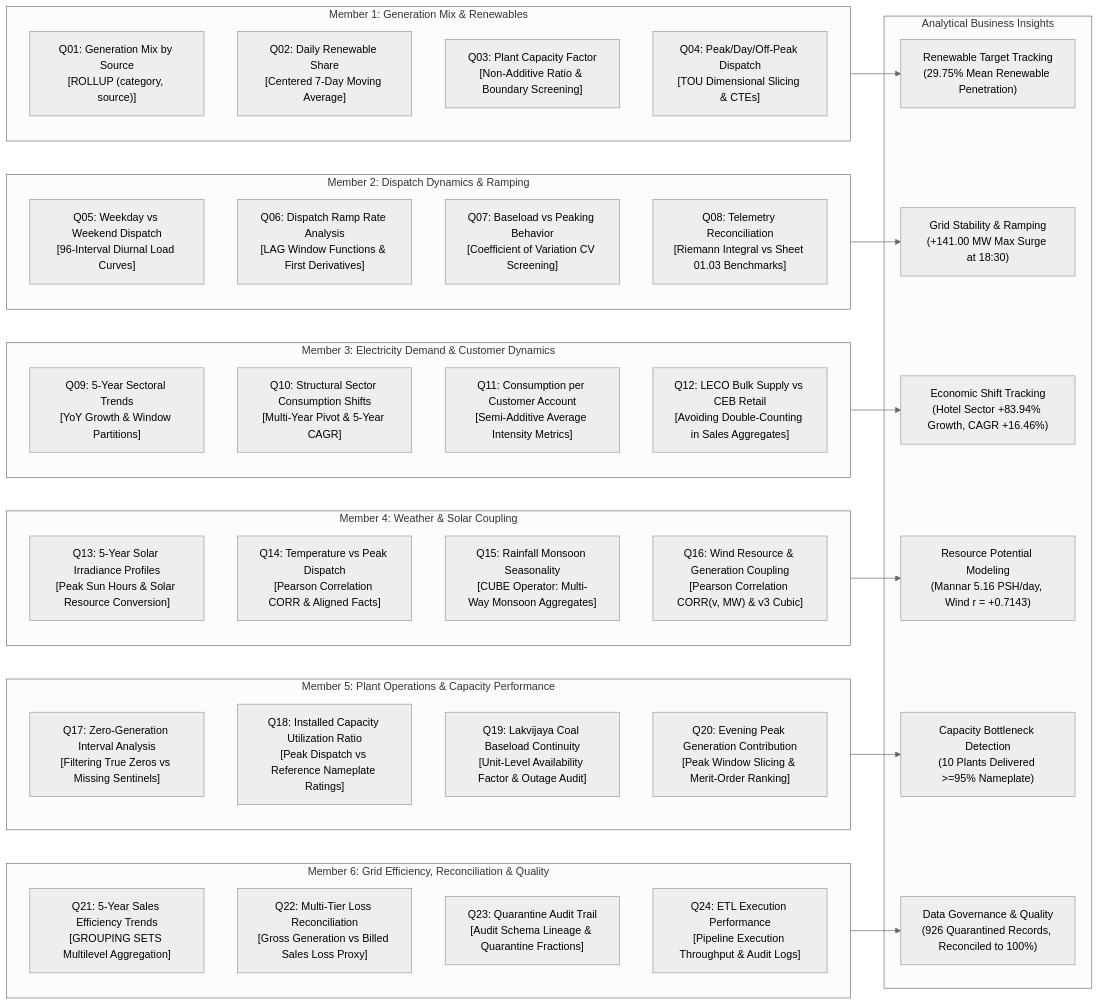
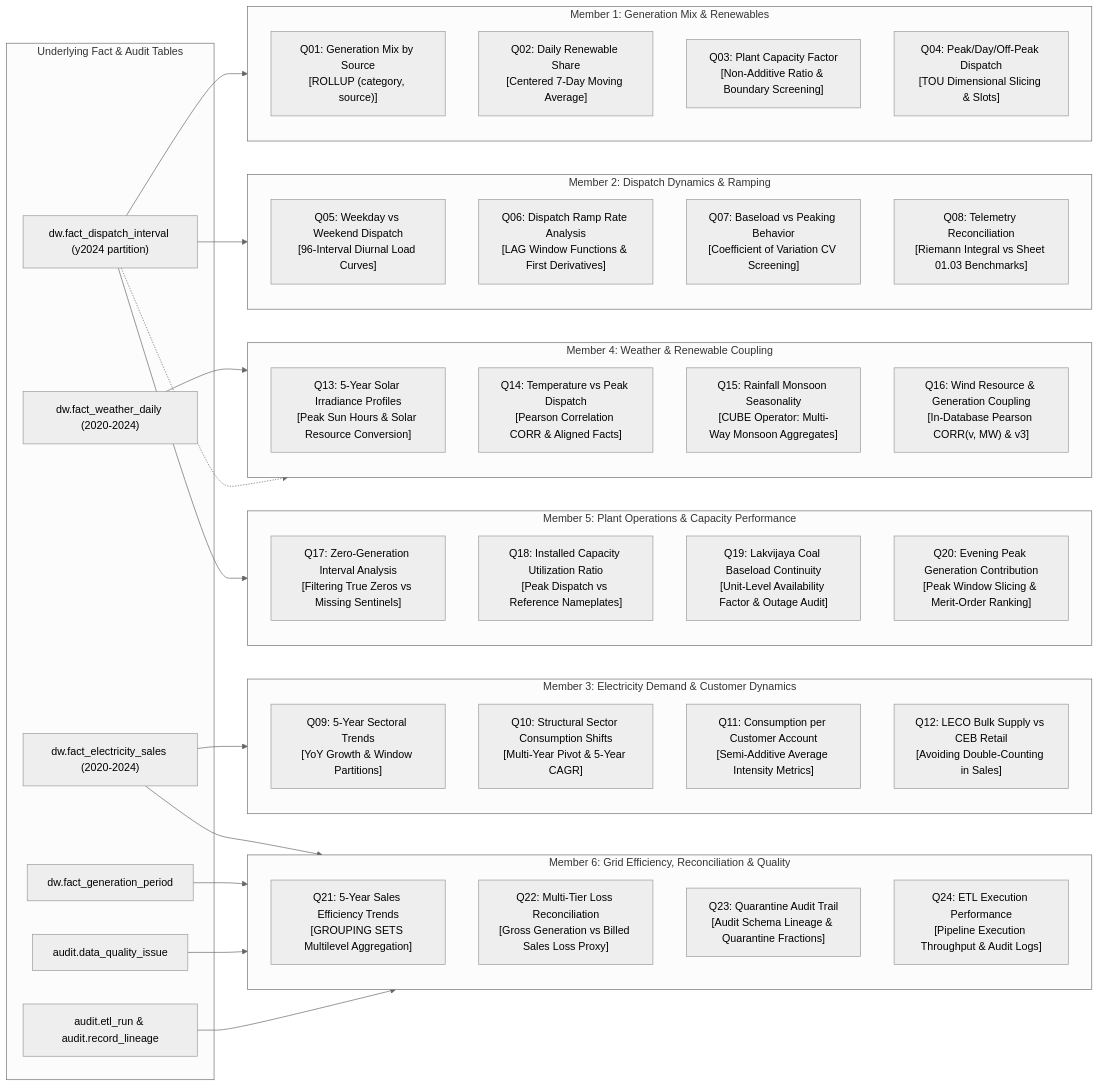
One commit to HajithMohamed/LankaGrid-Analytics changed the diagram in docs/diagrams/analytical-query-architecture.mmd. Above: the diagram before and after it, drawn with Mermaid (neutral theme). The commit also changed other lines of this file and 23 other files, not shown here.

Commit message:
docs(academic): synchronize Phase 4 deliverables with verified schema, University of Ruhuna details, and submission package

```diff
--- a/docs/diagrams/analytical-query-architecture.mmd
+++ b/docs/diagrams/analytical-query-architecture.mmd
@@ -1,63 +1,68 @@
 flowchart LR
     %% ==============================================================================
-    %% GridLens Analytical Query Architecture (24 Queries Across 6 Members)
-    %% Advanced OLAP, Aggregation Operators & Analytical Algorithms
+    %% GridLens Verified Analytical Query Architecture (24 Queries Across 6 Members)
+    %% Real Data Warehousing Links: Fact Tables, Conformed Dims & Analytical Methods
     %% ==============================================================================
 
     subgraph M1["Member 1: Generation Mix & Renewables"]
         Q01["Q01: Generation Mix by Source<br/>[ROLLUP (category, source)]"]
         Q02["Q02: Daily Renewable Share<br/>[Centered 7-Day Moving Average]"]
         Q03["Q03: Plant Capacity Factor<br/>[Non-Additive Ratio & Boundary Screening]"]
-        Q04["Q04: Peak/Day/Off-Peak Dispatch<br/>[TOU Dimensional Slicing & CTEs]"]
+        Q04["Q04: Peak/Day/Off-Peak Dispatch<br/>[TOU Dimensional Slicing & Slots]"]
     end
 
     subgraph M2["Member 2: Dispatch Dynamics & Ramping"]
         Q05["Q05: Weekday vs Weekend Dispatch<br/>[96-Interval Diurnal Load Curves]"]
         Q06["Q06: Dispatch Ramp Rate Analysis<br/>[LAG Window Functions & First Derivatives]"]
         Q07["Q07: Baseload vs Peaking Behavior<br/>[Coefficient of Variation CV Screening]"]
         Q08["Q08: Telemetry Reconciliation<br/>[Riemann Integral vs Sheet 01.03 Benchmarks]"]
     end
 
     subgraph M3["Member 3: Electricity Demand & Customer Dynamics"]
         Q09["Q09: 5-Year Sectoral Trends<br/>[YoY Growth & Window Partitions]"]
         Q10["Q10: Structural Sector Consumption Shifts<br/>[Multi-Year Pivot & 5-Year CAGR]"]
         Q11["Q11: Consumption per Customer Account<br/>[Semi-Additive Average Intensity Metrics]"]
-        Q12["Q12: LECO Bulk Supply vs CEB Retail<br/>[Avoiding Double-Counting in Sales Aggregates]"]
+        Q12["Q12: LECO Bulk Supply vs CEB Retail<br/>[Avoiding Double-Counting in Sales]"]
     end
 
-    subgraph M4["Member 4: Weather & Solar Coupling"]
+    subgraph M4["Member 4: Weather & Renewable Coupling"]
         Q13["Q13: 5-Year Solar Irradiance Profiles<br/>[Peak Sun Hours & Solar Resource Conversion]"]
         Q14["Q14: Temperature vs Peak Dispatch<br/>[Pearson Correlation CORR & Aligned Facts]"]
         Q15["Q15: Rainfall Monsoon Seasonality<br/>[CUBE Operator: Multi-Way Monsoon Aggregates]"]
-        Q16["Q16: Wind Resource & Generation Coupling<br/>[Pearson Correlation CORR(v, MW) & v3 Cubic]"]
+        Q16["Q16: Wind Resource & Generation Coupling<br/>[In-Database Pearson CORR(v, MW) & v3]"]
     end
 
     subgraph M5["Member 5: Plant Operations & Capacity Performance"]
         Q17["Q17: Zero-Generation Interval Analysis<br/>[Filtering True Zeros vs Missing Sentinels]"]
-        Q18["Q18: Installed Capacity Utilization Ratio<br/>[Peak Dispatch vs Reference Nameplate Ratings]"]
+        Q18["Q18: Installed Capacity Utilization Ratio<br/>[Peak Dispatch vs Reference Nameplates]"]
         Q19["Q19: Lakvijaya Coal Baseload Continuity<br/>[Unit-Level Availability Factor & Outage Audit]"]
         Q20["Q20: Evening Peak Generation Contribution<br/>[Peak Window Slicing & Merit-Order Ranking]"]
     end
 
     subgraph M6["Member 6: Grid Efficiency, Reconciliation & Quality"]
         Q21["Q21: 5-Year Sales Efficiency Trends<br/>[GROUPING SETS Multilevel Aggregation]"]
         Q22["Q22: Multi-Tier Loss Reconciliation<br/>[Gross Generation vs Billed Sales Loss Proxy]"]
         Q23["Q23: Quarantine Audit Trail<br/>[Audit Schema Lineage & Quarantine Fractions]"]
         Q24["Q24: ETL Execution Performance<br/>[Pipeline Execution Throughput & Audit Logs]"]
     end
 
-    subgraph OUTCOMES["Analytical Business Insights"]
-        OUT_RE["Renewable Target Tracking<br/>(29.75% Mean Renewable Penetration)"]
-        OUT_ST["Grid Stability & Ramping<br/>(+141.00 MW Max Surge at 18:30)"]
-        OUT_ECO["Economic Shift Tracking<br/>(Hotel Sector +83.94% Growth, CAGR +16.46%)"]
-        OUT_RES["Resource Potential Modeling<br/>(Mannar 5.16 PSH/day, Wind r = +0.7143)"]
-        OUT_CAP["Capacity Bottleneck Detection<br/>(10 Plants Delivered >=95% Nameplate)"]
-        OUT_GOV["Data Governance & Quality<br/>(926 Quarantined Records, Reconciled to 100%)"]
+    subgraph UNDERLYING_OBJECTS["Underlying Fact & Audit Tables"]
+        F_DISP["dw.fact_dispatch_interval (y2024 partition)"]
+        F_SALES["dw.fact_electricity_sales (2020-2024)"]
+        F_WEATH["dw.fact_weather_daily (2020-2024)"]
+        F_GEN["dw.fact_generation_period"]
+        A_DQ["audit.data_quality_issue"]
+        A_RUN["audit.etl_run & audit.record_lineage"]
     end
 
-    M1 --> OUT_RE
-    M2 --> OUT_ST
-    M3 --> OUT_ECO
-    M4 --> OUT_RES
-    M5 --> OUT_CAP
-    M6 --> OUT_GOV
+    %% Relationships
+    F_DISP --> M1
+    F_DISP --> M2
+    F_SALES --> M3
+    F_WEATH --> M4
+    F_DISP -.-> M4
+    F_DISP --> M5
+    F_SALES --> M6
+    F_GEN --> M6
+    A_DQ --> M6
+    A_RUN --> M6
```
